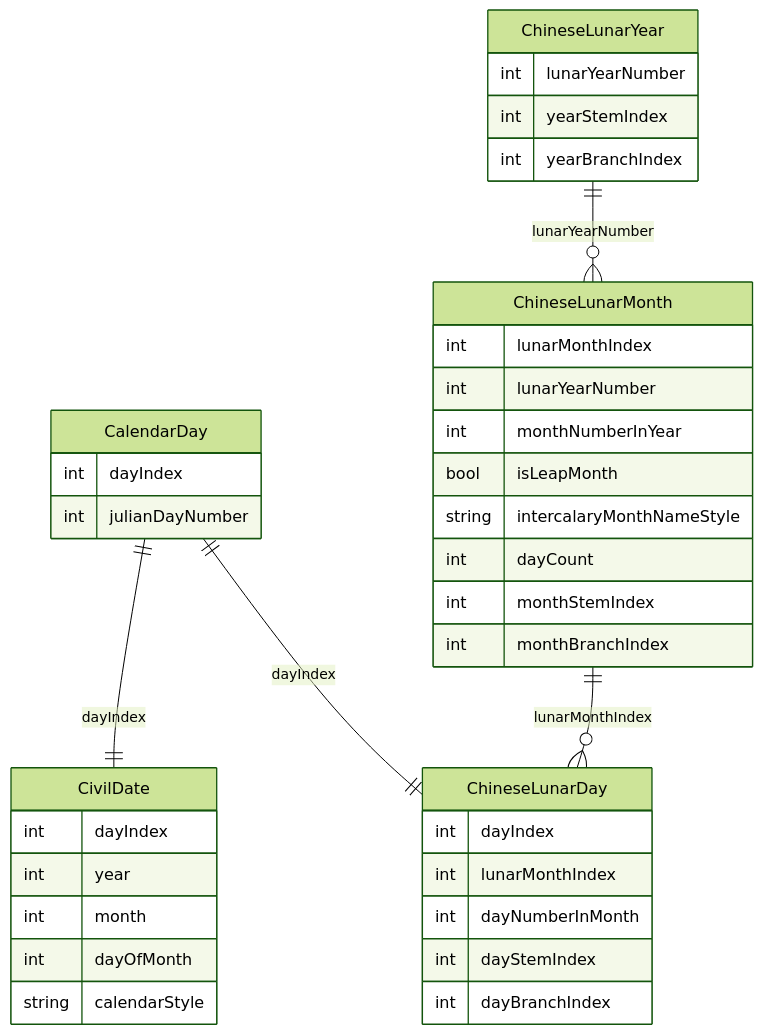
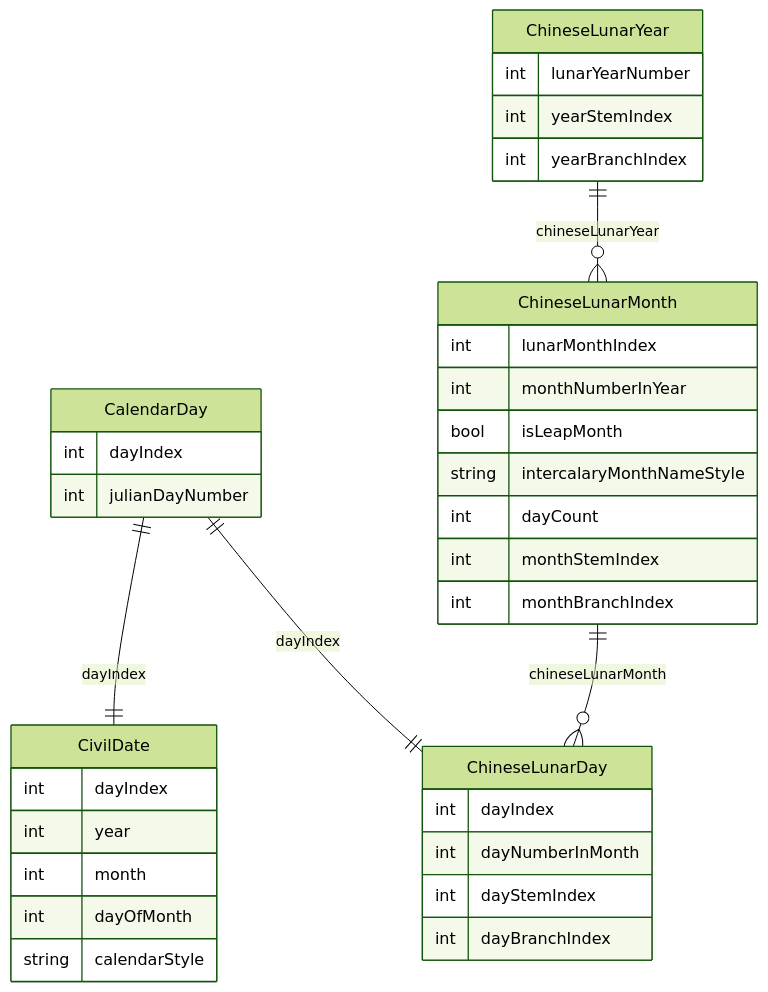
One commit to huahuahu/chinese-calendar changed the diagram in Docs/data model/data-model-calendar.md. Above: the diagram before and after it, drawn with Mermaid (forest theme). The commit also changed other lines of this file and 43 other files, not shown here.

````diff
--- a/Docs/data model/data-model-calendar.md
+++ b/Docs/data model/data-model-calendar.md
@@ -111,45 +117,43 @@
 ```mermaid
 erDiagram
     CalendarDay ||--|| CivilDate : "dayIndex"
     CalendarDay ||--|| ChineseLunarDay : "dayIndex"
-    ChineseLunarYear ||--o{ ChineseLunarMonth : "lunarYearNumber"
-    ChineseLunarMonth ||--o{ ChineseLunarDay : "lunarMonthIndex"
+    ChineseLunarYear ||--o{ ChineseLunarMonth : "chineseLunarYear"
+    ChineseLunarMonth ||--o{ ChineseLunarDay : "chineseLunarMonth"
 
     CalendarDay {
         int dayIndex
         int julianDayNumber
     }
 
     CivilDate {
         int dayIndex
         int year
         int month
         int dayOfMonth
         string calendarStyle
     }
 
     ChineseLunarYear {
         int lunarYearNumber
         int yearStemIndex
         int yearBranchIndex
     }
 
     ChineseLunarMonth {
         int lunarMonthIndex
-        int lunarYearNumber
         int monthNumberInYear
         bool isLeapMonth
         string intercalaryMonthNameStyle
         int dayCount
         int monthStemIndex
         int monthBranchIndex
     }
 
     ChineseLunarDay {
         int dayIndex
-        int lunarMonthIndex
         int dayNumberInMonth
         int dayStemIndex
         int dayBranchIndex
     }
 ```
````
